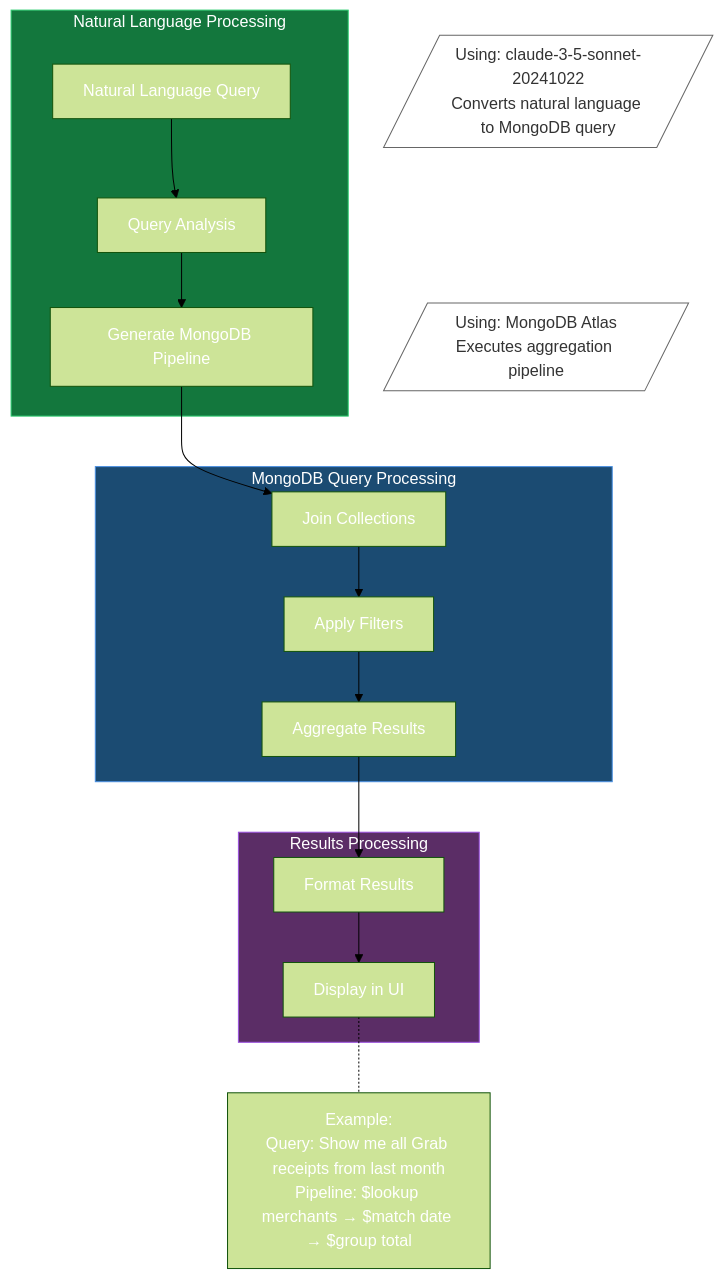
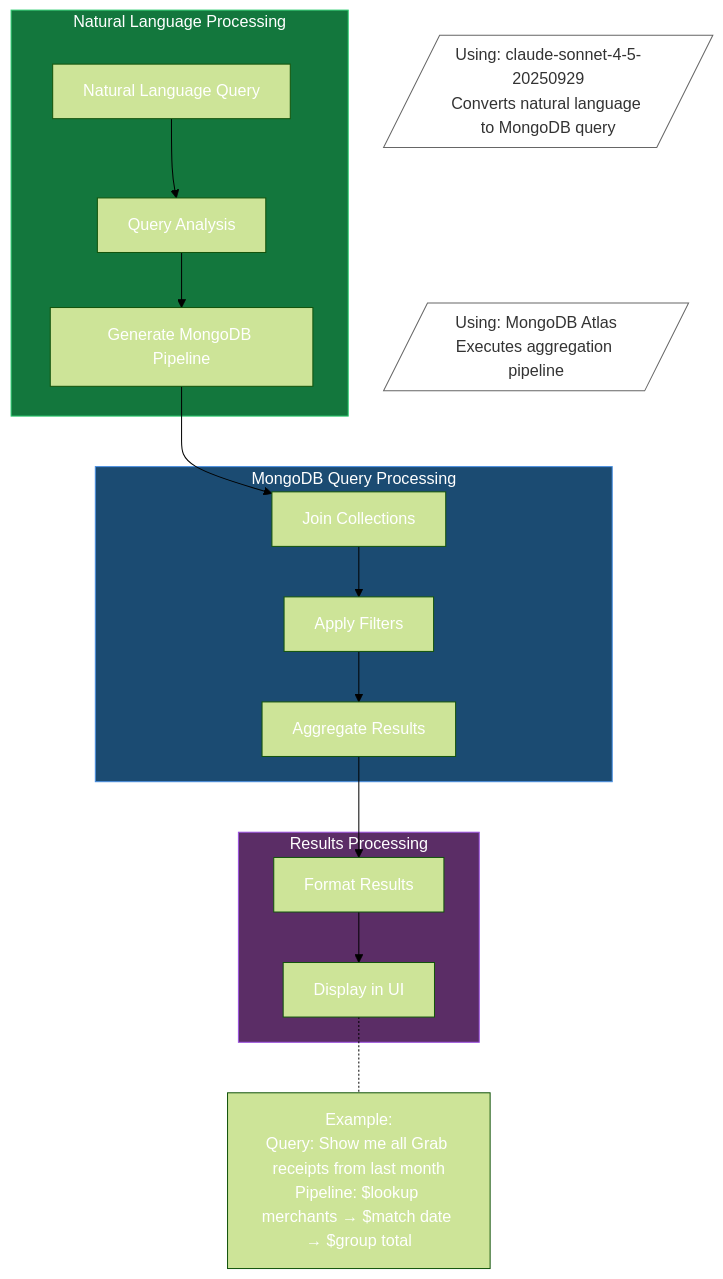
The second of 2 diagrams in streamlit/invoice_processor/README.md (tzehon/genai-examples), drawn with Mermaid (forest theme) before and after one commit. The commit also changed other lines of this file and 2 other files, not shown here.

First line of the commit message:
Update invoice processor to use Claude Sonnet 4.5 and improve setup documentation

````diff
--- a/streamlit/invoice_processor/README.md
+++ b/streamlit/invoice_processor/README.md
@@ -155,40 +288,40 @@
 ```mermaid
 graph TD
     %% Annotations first so they appear behind
-    ann1[/"Using: claude-3-5-sonnet-20241022<br>Converts natural language to MongoDB query"/]
+    ann1[/"Using: claude-sonnet-4-5-20250929<br>Converts natural language to MongoDB query"/]
     ann2[/"Using: MongoDB Atlas<br>Executes aggregation pipeline"/]
 
     subgraph NLProcessing["Natural Language Processing"]
         A[Natural Language Query] --> B[Query Analysis]
         B --> C[Generate MongoDB Pipeline]
     end
 
     subgraph QueryProcessing["MongoDB Query Processing"]
         C --> D[Join Collections]
         D --> E[Apply Filters]
         E --> F[Aggregate Results]
     end
 
     subgraph ResultsProcessing["Results Processing"]
         F --> G[Format Results]
         G --> H[Display in UI]
     end
 
     %% Connect annotations with transparent edges
     ann1 ~~~ B
     ann2 ~~~ D
 
     classDef nlp fill:#13773D,stroke:#2ecc71,color:#fff
     classDef query fill:#1B4B72,stroke:#4a90e2,color:#fff
     classDef results fill:#5B2D66,stroke:#9b51e0,color:#fff
     classDef default color:#fff
     classDef annotation fill:#fff,stroke:#666,color:#333
 
     class NLProcessing nlp
     class QueryProcessing query
     class ResultsProcessing results
     class ann1,ann2 annotation
 
     %% Example query path
     H -.- I["Example:<br>Query: Show me all Grab receipts from last month<br>Pipeline: $lookup merchants → $match date → $group total"]
 ```
````
